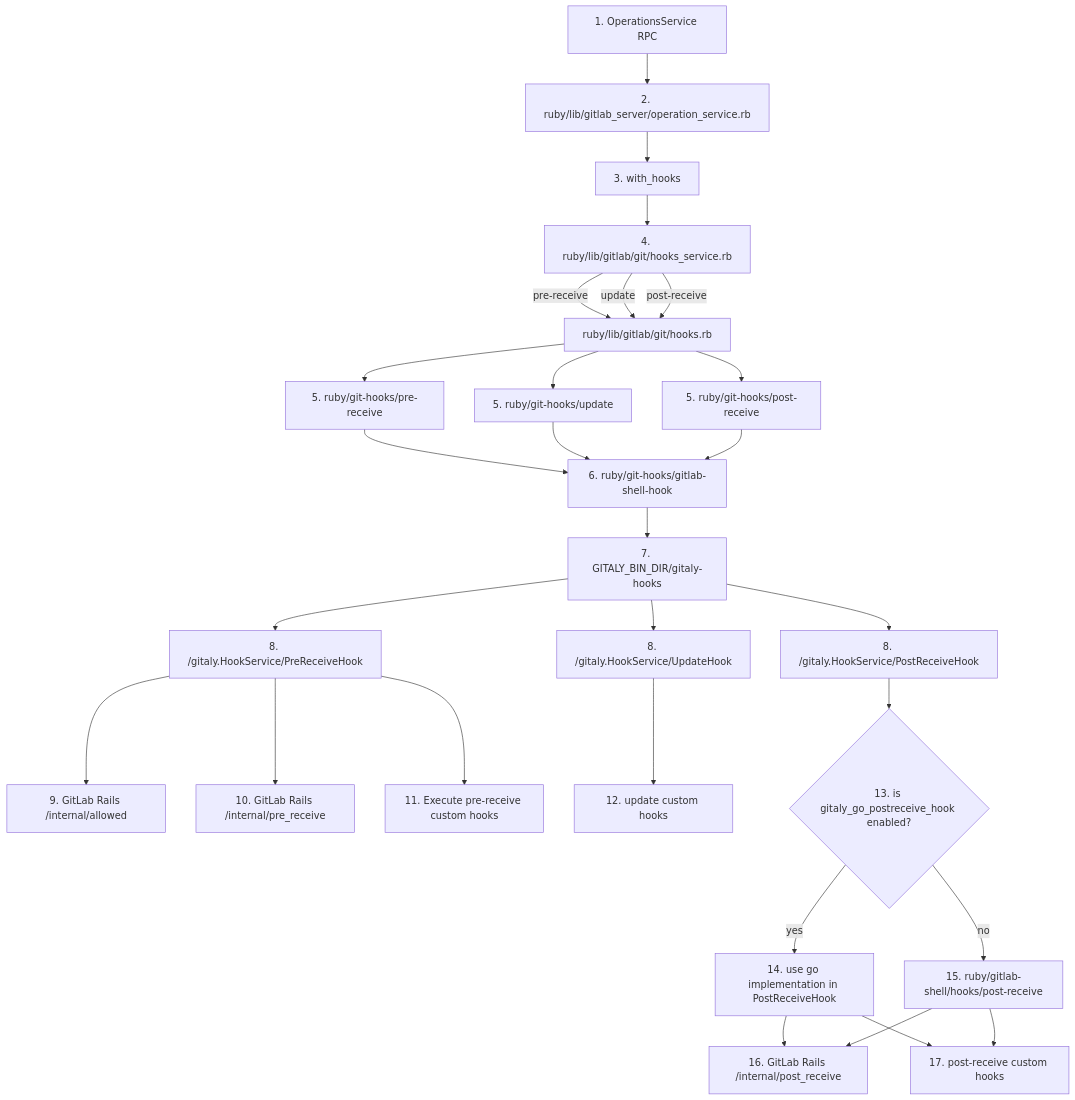
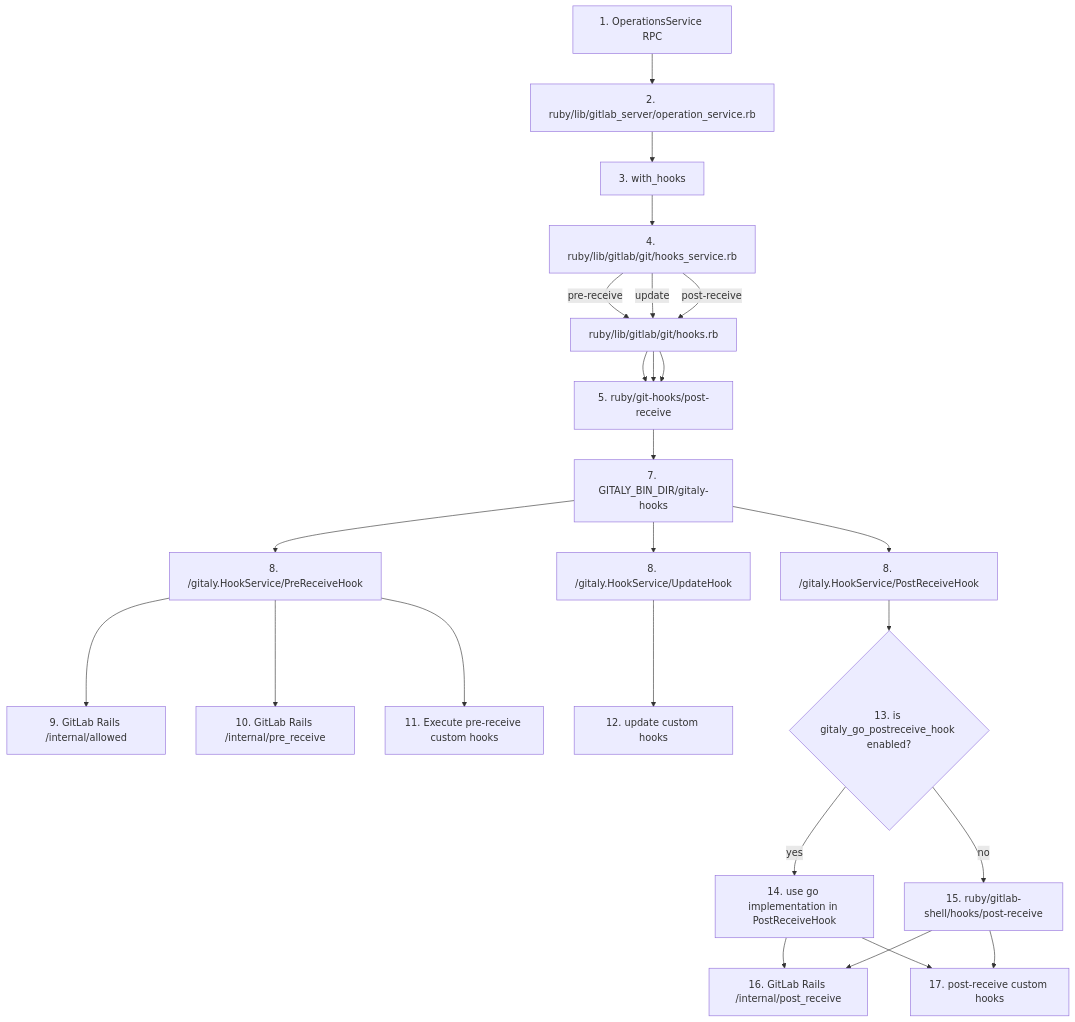
The second of 2 diagrams in doc/hooks.md (k00mi/gitaly), drawn with Mermaid before and after one commit. The commit also changed other lines of this file and 1 other file, not shown here.

First line of the commit message:
docs: remove feature flag references for hooks

````diff
--- a/doc/hooks.md
+++ b/doc/hooks.md
@@ -85,30 +72,27 @@
 ```mermaid
 graph TD
   A[1. OperationsService RPC] --> B[2. ruby/lib/gitlab_server/operation_service.rb]
   B --> O1[3. with_hooks ]
   O1 --> O2[4. ruby/lib/gitlab/git/hooks_service.rb]
   O2 --> |pre-receive|O4[ruby/lib/gitlab/git/hooks.rb]
   O2 --> |update|O4[ruby/lib/gitlab/git/hooks.rb]
   O2 --> |post-receive|O4[ruby/lib/gitlab/git/hooks.rb]
-  O4 --> B1[5. ruby/git-hooks/pre-receive]
-  O4 --> B2[5. ruby/git-hooks/update]
-  O4 --> B3[5. ruby/git-hooks/post-receive]
-  B1 --> C[6. ruby/git-hooks/gitlab-shell-hook]
-  B2 --> C[6. ruby/git-hooks/gitlab-shell-hook]
-  B3 --> C[6. ruby/git-hooks/gitlab-shell-hook]
+  O4 --> C[5. ruby/git-hooks/pre-receive]
+  O4 --> C[5. ruby/git-hooks/update]
+  O4 --> C[5. ruby/git-hooks/post-receive]
   C --> D[7. GITALY_BIN_DIR/gitaly-hooks]
   D --> E1[8. /gitaly.HookService/PreReceiveHook]
   D --> E2[8. /gitaly.HookService/UpdateHook]
   D --> E3[8. /gitaly.HookService/PostReceiveHook]
   E1 --> F1[9. GitLab Rails /internal/allowed]
   E1 --> F2[10. GitLab Rails /internal/pre_receive]
   E1 --> H1[11. Execute pre-receive custom hooks]
   E2 --> F3[12. update custom hooks]
   E3 --> F4{13. is gitaly_go_postreceive_hook enabled?}
   F4 --> |yes| G3a[14. use go implementation in PostReceiveHook]
   F4 --> |no| G3b[15. ruby/gitlab-shell/hooks/post-receive]
   G3a --> I[16. GitLab Rails /internal/post_receive]
   G3b --> I
   G3a --> J[17. post-receive custom hooks]
   G3b --> J
 ```
````
